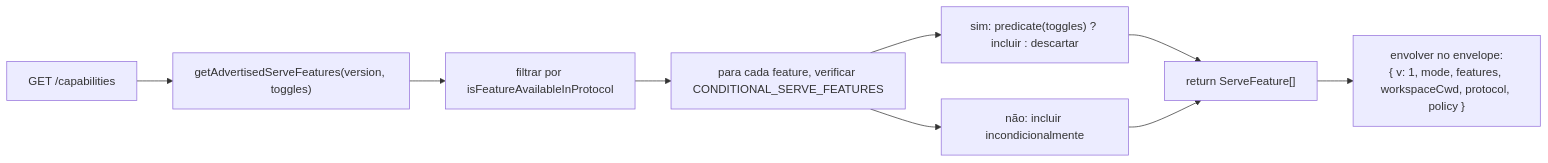
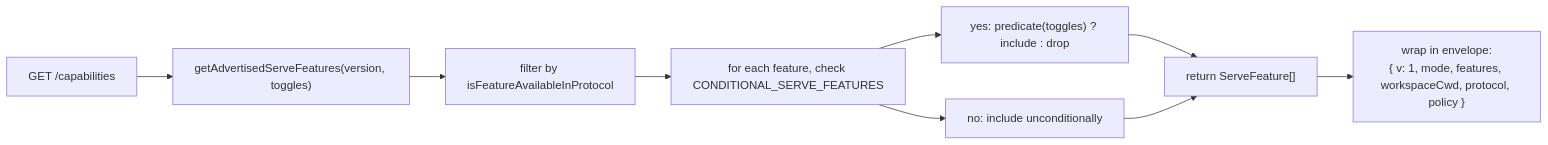
Before and after one commit to QwenLM/qwen-code-docs: the first of 2 diagrams in website/content/pt-BR/developers/daemon/11-capabilities-versioning.md, drawn with Mermaid. The commit also changed other lines of this file and 265 other files, not shown here.

````diff
--- a/website/content/pt-BR/developers/daemon/11-capabilities-versioning.md
+++ b/website/content/pt-BR/developers/daemon/11-capabilities-versioning.md
@@ -128,11 +152,11 @@
 ```mermaid
 flowchart LR
     A["GET /capabilities"] --> B["getAdvertisedServeFeatures(version, toggles)"]
-    B --> C["filtrar por isFeatureAvailableInProtocol"]
-    C --> D["para cada feature, verificar CONDITIONAL_SERVE_FEATURES"]
-    D --> E["sim: predicate(toggles) ? incluir : descartar"]
-    D --> F["não: incluir incondicionalmente"]
+    B --> C["filter by isFeatureAvailableInProtocol"]
+    C --> D["for each feature, check CONDITIONAL_SERVE_FEATURES"]
+    D --> E["yes: predicate(toggles) ? include : drop"]
+    D --> F["no: include unconditionally"]
     E --> G["return ServeFeature[]"]
     F --> G
-    G --> H["envolver no envelope:<br/>{ v: 1, mode, features, workspaceCwd, protocol, policy }"]
+    G --> H["wrap in envelope:<br/>{ v: 1, mode, features, workspaceCwd, protocol, policy }"]
 ```
````
